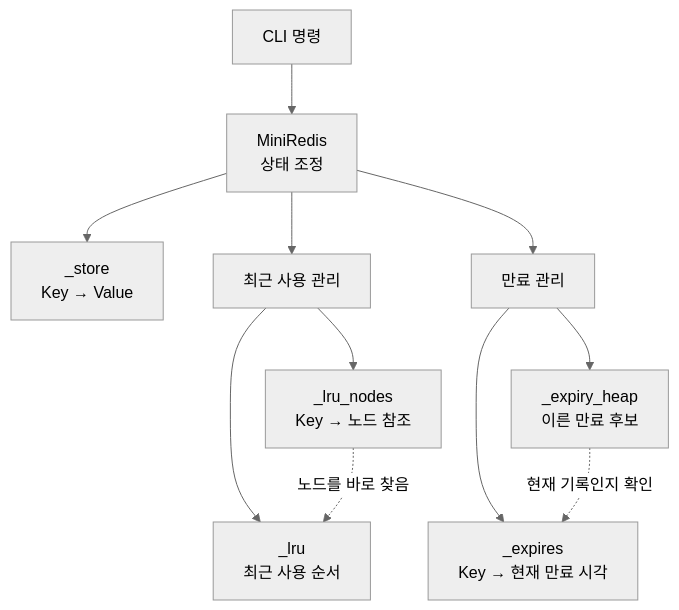
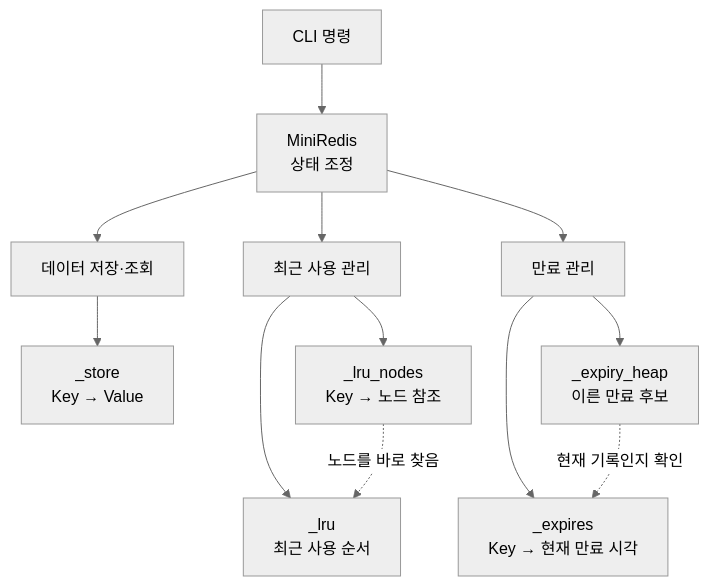
Before and after one commit to bllancck/B5-1.py-mini-redis: the diagram in README.md, drawn with Mermaid (neutral theme). The commit also changed other lines of this file, not shown here.

````diff
--- a/README.md
+++ b/README.md
@@ -53,16 +50,18 @@
 ```mermaid
 flowchart TB
     CLI["CLI 명령"] --> CORE["MiniRedis<br/>상태 조정"]
 
-    CORE --> STORE["_store<br/>Key → Value"]
+    CORE --> DATA["데이터 저장·조회"]
     CORE --> RECENCY["최근 사용 관리"]
     CORE --> EXPIRY["만료 관리"]
+
+    DATA --> STORE["_store<br/>Key → Value"]
 
     RECENCY --> LRU_INDEX["_lru_nodes<br/>Key → 노드 참조"]
     RECENCY --> LRU["_lru<br/>최근 사용 순서"]
     LRU_INDEX -.->|"노드를 바로 찾음"| LRU
 
     EXPIRY --> EXPIRES["_expires<br/>Key → 현재 만료 시각"]
     EXPIRY --> HEAP["_expiry_heap<br/>이른 만료 후보"]
     HEAP -.->|"현재 기록인지 확인"| EXPIRES
 ```
````
